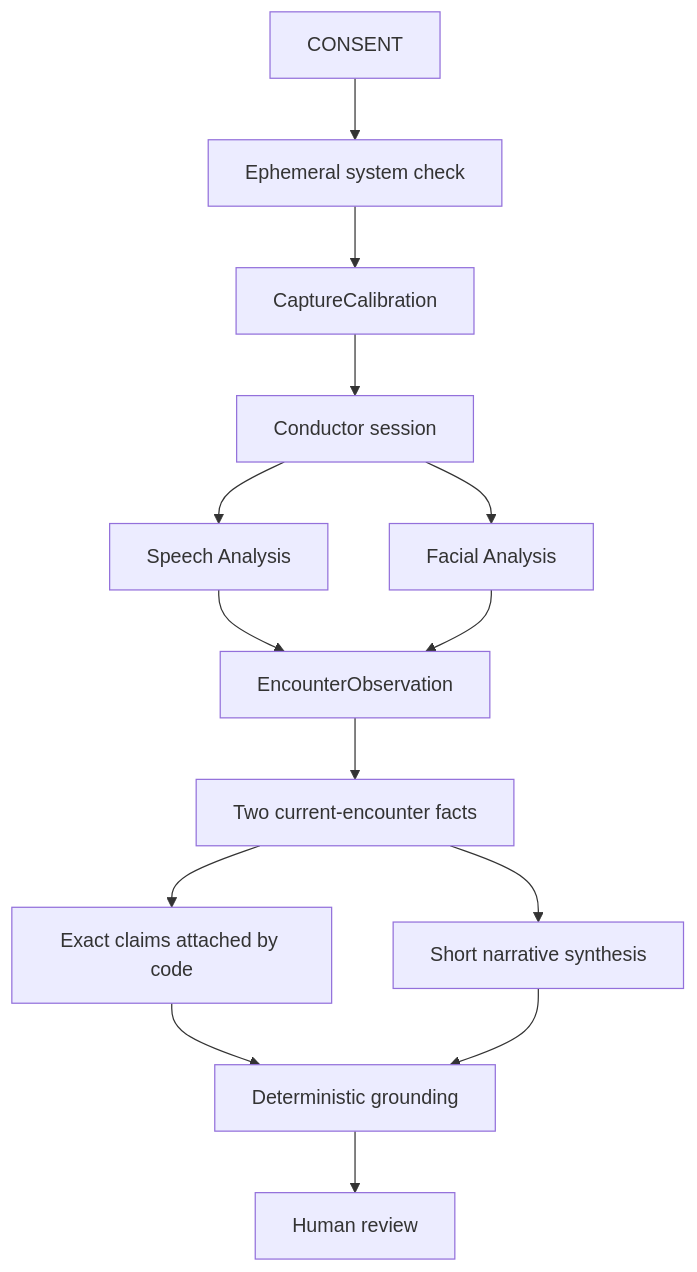
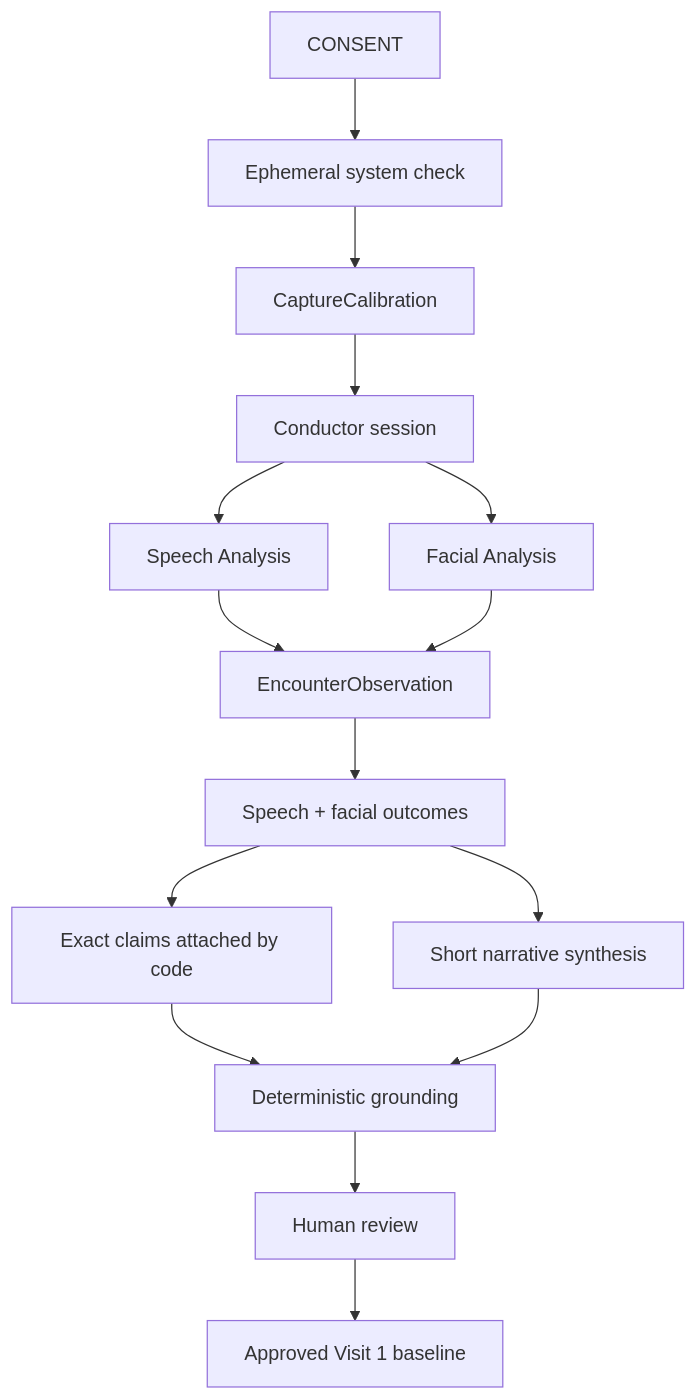
Before and after one commit to logannye/neurotrax: the diagram in docs/architecture.md, drawn with Mermaid. The commit also changed other lines of this file and 25 other files, not shown here.

````diff
--- a/docs/architecture.md
+++ b/docs/architecture.md
@@ -71,16 +78,17 @@
 ```mermaid
 flowchart TD
     CONSENT --> CHECK["Ephemeral system check"]
     CHECK --> CAL["CaptureCalibration"]
     CAL --> SESSION["Conductor session"]
     SESSION --> AUDIO["Speech Analysis"]
     SESSION --> FACE["Facial Analysis"]
     AUDIO --> OBS["EncounterObservation"]
     FACE --> OBS
-    OBS --> FACTS["Two current-encounter facts"]
+    OBS --> FACTS["Speech + facial outcomes"]
     FACTS --> CLAIMS["Exact claims attached by code"]
     FACTS --> NARRATIVE["Short narrative synthesis"]
     CLAIMS --> GROUND["Deterministic grounding"]
     NARRATIVE --> GROUND
     GROUND --> REVIEW["Human review"]
+    REVIEW --> BASELINE["Approved Visit 1 baseline"]
 ```
````
